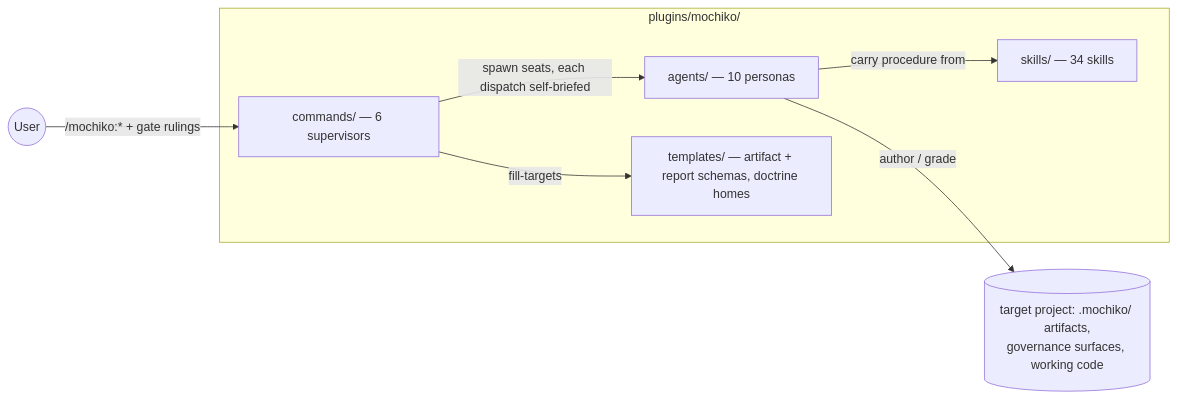
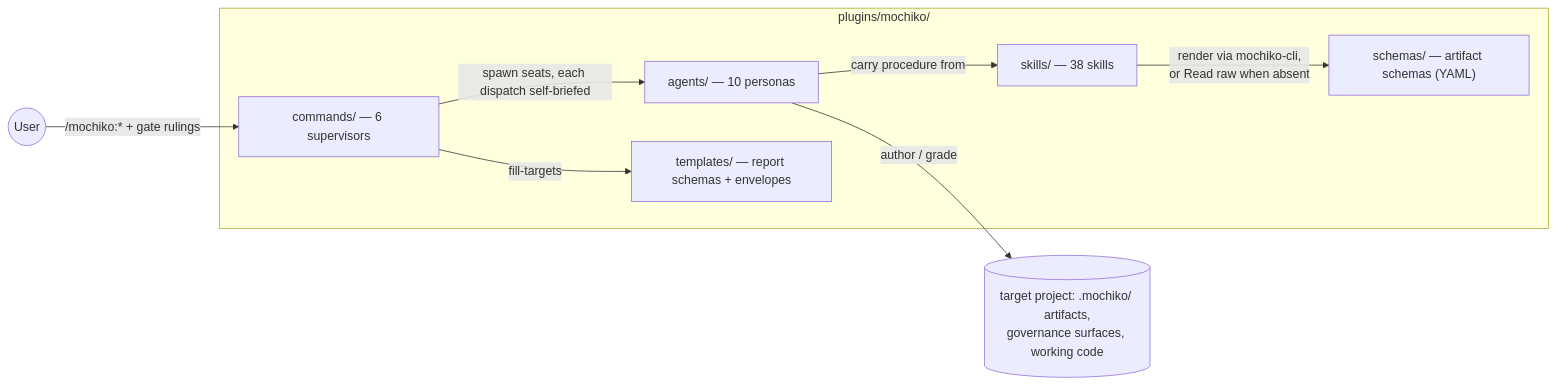
One commit to humaninloop-dev/mochiko changed the first of 6 diagrams in ARCHITECTURE.md. Above: the diagram before and after it, drawn with Mermaid. The commit also changed other lines of this file and 104 other files, not shown here.

````diff
--- a/ARCHITECTURE.md
+++ b/ARCHITECTURE.md
@@ -20,15 +20,17 @@
 ```mermaid
 flowchart LR
   user(("User"))
   user -->|"/mochiko:* + gate rulings"| commands
   subgraph plugin ["plugins/mochiko/"]
     commands["commands/ — 6 supervisors"]
     agents["agents/ — 10 personas"]
-    skills["skills/ — 34 skills"]
-    templates["templates/ — artifact + report schemas, doctrine homes"]
+    skills["skills/ — 38 skills"]
+    templates["templates/ — report schemas + envelopes"]
+    schemas["schemas/ — artifact schemas (YAML)"]
     commands -->|"spawn seats, each dispatch self-briefed"| agents
     agents -->|"carry procedure from"| skills
     commands -->|"fill-targets"| templates
+    skills -->|"render via mochiko-cli,<br/>or Read raw when absent"| schemas
   end
   agents -->|"author / grade"| target[("target project: .mochiko/ artifacts,<br/>governance surfaces, working code")]
 ```
````
